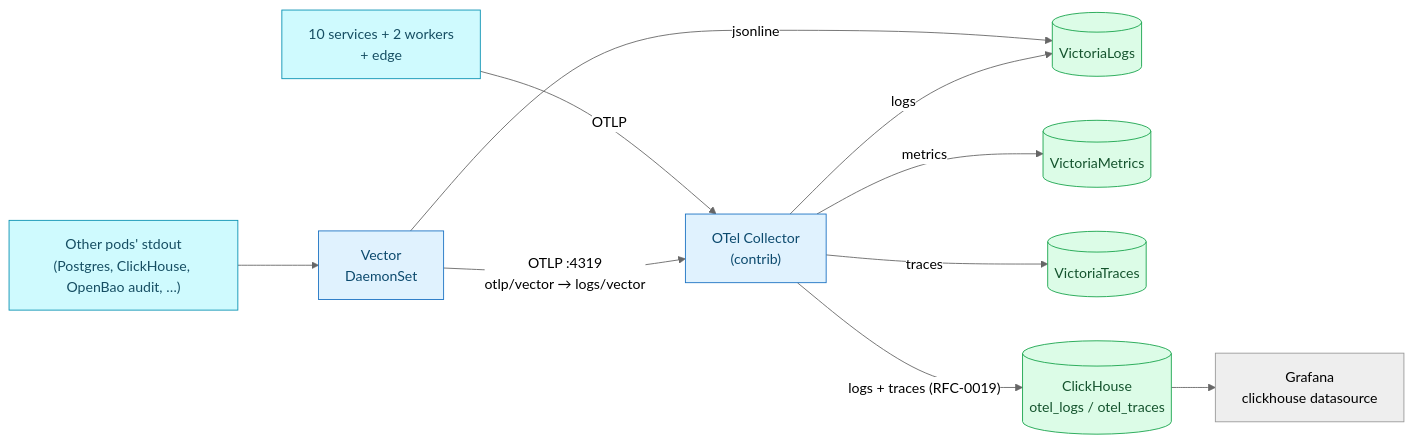
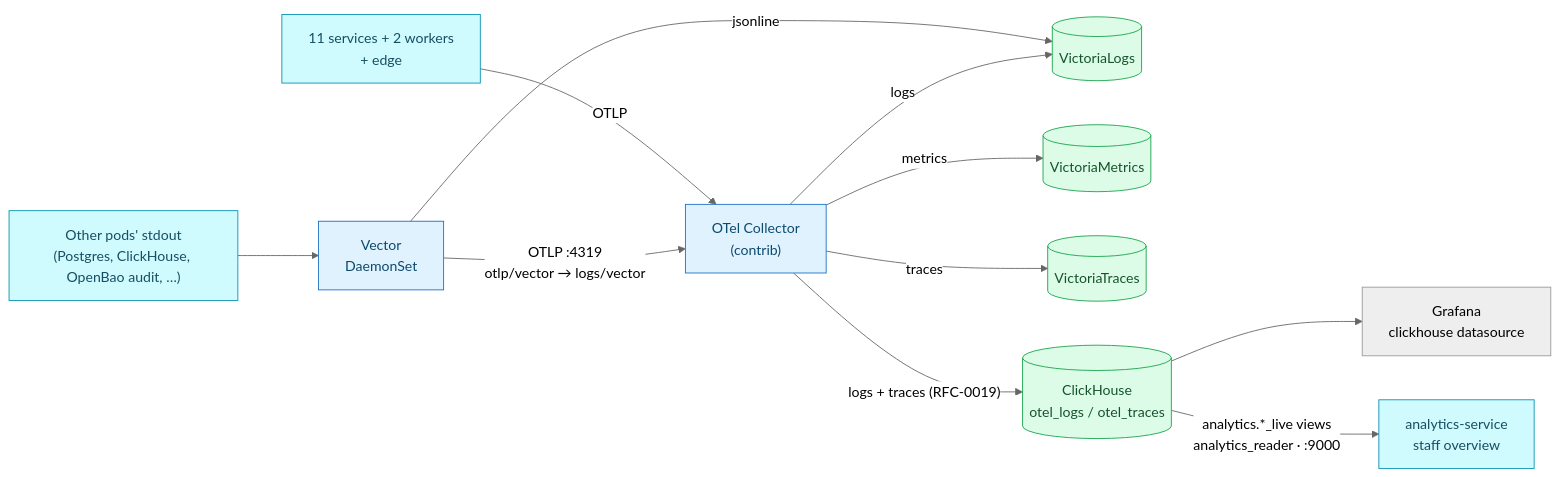
Before and after one commit to duynhlab/homelab: the diagram in docs/observability/clickhouse/README.md, drawn with Mermaid (neutral theme). The commit also changed other lines of this file and 35 other files, not shown here.

````diff
--- a/docs/observability/clickhouse/README.md
+++ b/docs/observability/clickhouse/README.md
@@ -121,19 +121,20 @@
 ```mermaid
 flowchart LR
-  Apps["10 services + 2 workers<br/>+ edge"] -->|OTLP| Col["OTel Collector<br/>(contrib)"]
+  Apps["11 services + 2 workers<br/>+ edge"] -->|OTLP| Col["OTel Collector<br/>(contrib)"]
   Pods["Other pods' stdout<br/>(Postgres, ClickHouse, OpenBao audit, …)"] --> Vec["Vector<br/>DaemonSet"]
   Vec -->|jsonline| VL
   Vec -->|"OTLP :4319<br/>otlp/vector → logs/vector"| Col
   Col -->|metrics| VM[("VictoriaMetrics")]
   Col -->|logs| VL[("VictoriaLogs")]
   Col -->|traces| VT[("VictoriaTraces")]
   Col -->|"logs + traces (RFC-0019)"| CH[("ClickHouse<br/>otel_logs / otel_traces")]
   CH --> Graf["Grafana<br/>clickhouse datasource"]
+  CH -->|"analytics.*_live views<br/>analytics_reader · :9000"| Ana["analytics-service<br/>staff overview"]
 
   classDef service fill:#cffafe,color:#164e63,stroke:#0891b2;
   classDef data fill:#dcfce7,color:#14532d,stroke:#16a34a;
   classDef collector fill:#e0f2fe,color:#0c4a6e,stroke:#1971c2;
-  class Apps,Pods service;
+  class Apps,Pods,Ana service;
   class Col,Vec collector;
   class VM,VL,VT,CH data;
 ```
````
